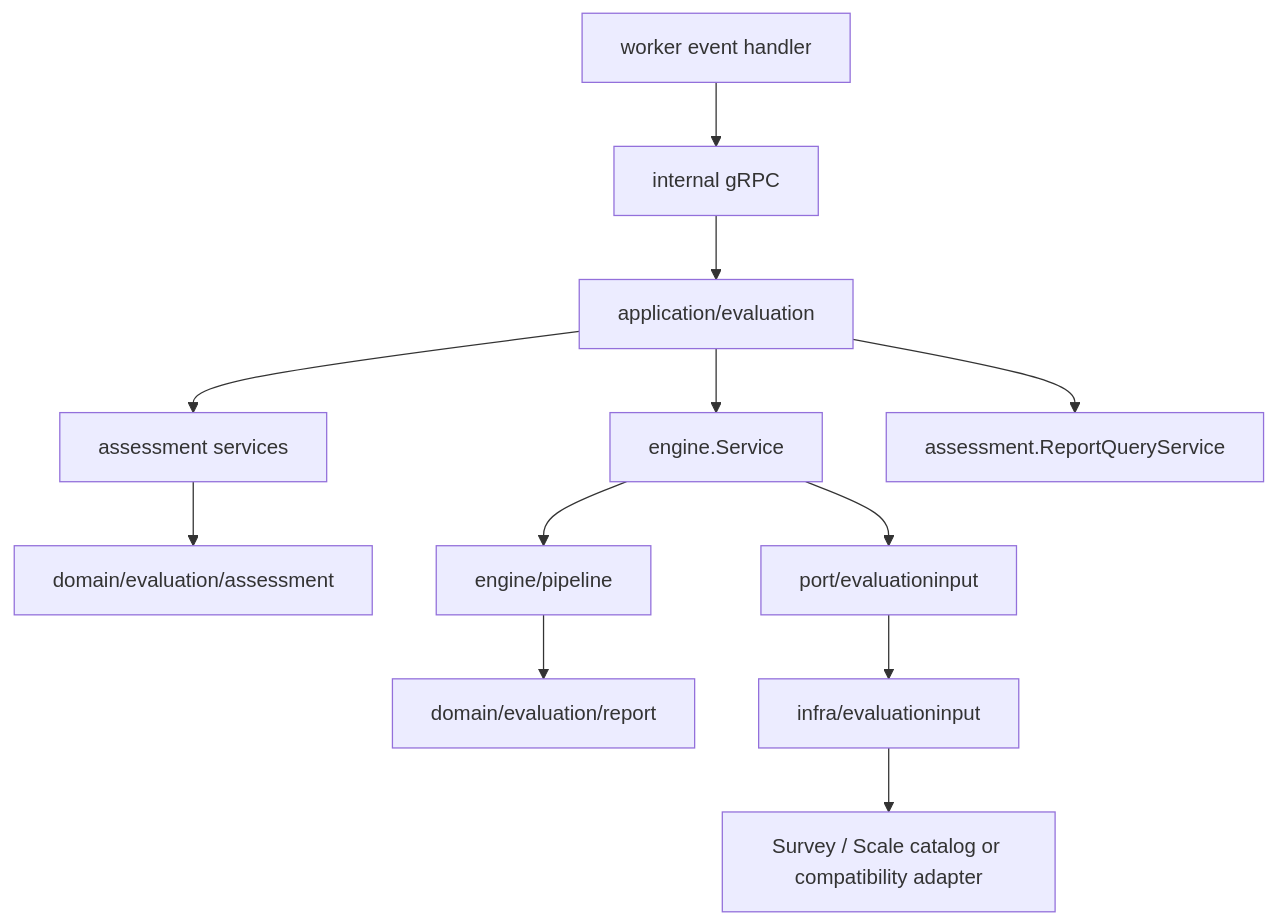
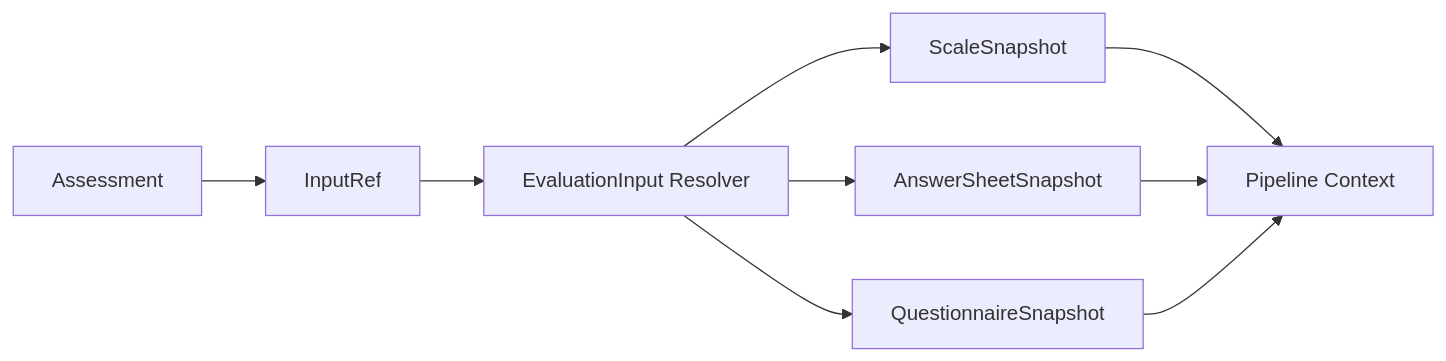
Before and after one commit to FangcunMount/qs-server: the fourth of 5 diagrams in docs/02-业务模块/evaluation/00-整体架构.md, drawn with Mermaid. The commit also changed other lines of this file and 8 other files, not shown here.

````diff
--- a/docs/02-业务模块/evaluation/00-整体架构.md
+++ b/docs/02-业务模块/evaluation/00-整体架构.md
@@ -42,14 +305,11 @@
 ```mermaid
-flowchart TB
-    worker["worker event handler"] --> grpc["internal gRPC"]
-    grpc --> app["application/evaluation"]
-    app --> assessmentApp["assessment services"]
-    app --> engineApp["engine.Service"]
-    app --> reportRead["assessment.ReportQueryService"]
-    assessmentApp --> assessmentDomain["domain/evaluation/assessment"]
-    engineApp --> pipeline["engine/pipeline"]
-    pipeline --> reportDomain["domain/evaluation/report"]
-    engineApp --> inputPort["port/evaluationinput"]
-    inputPort --> inputInfra["infra/evaluationinput"]
-    inputInfra --> surveyScale["Survey / Scale catalog or compatibility adapter"]
+flowchart LR
+    assessment["Assessment"] --> ref["InputRef"]
+    ref --> resolver["EvaluationInput Resolver"]
+    resolver --> scale["ScaleSnapshot"]
+    resolver --> sheet["AnswerSheetSnapshot"]
+    resolver --> qnr["QuestionnaireSnapshot"]
+    scale --> ctx["Pipeline Context"]
+    sheet --> ctx
+    qnr --> ctx
 ```
````
